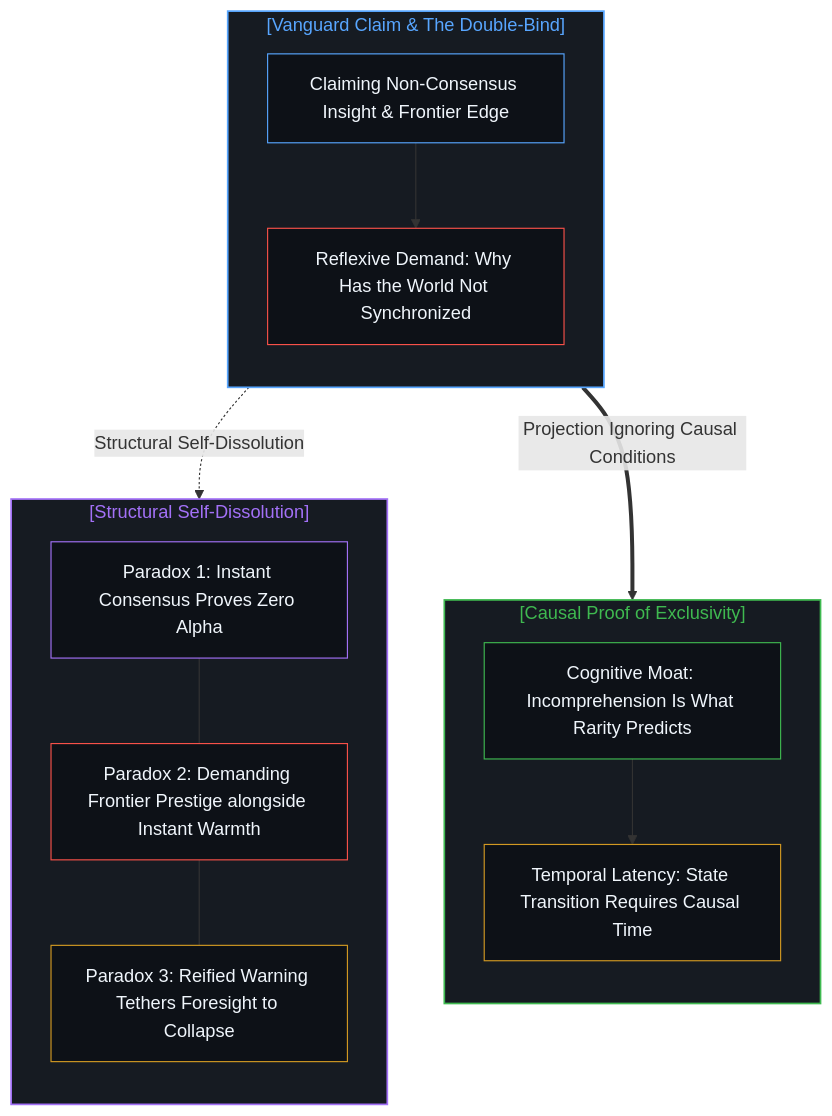
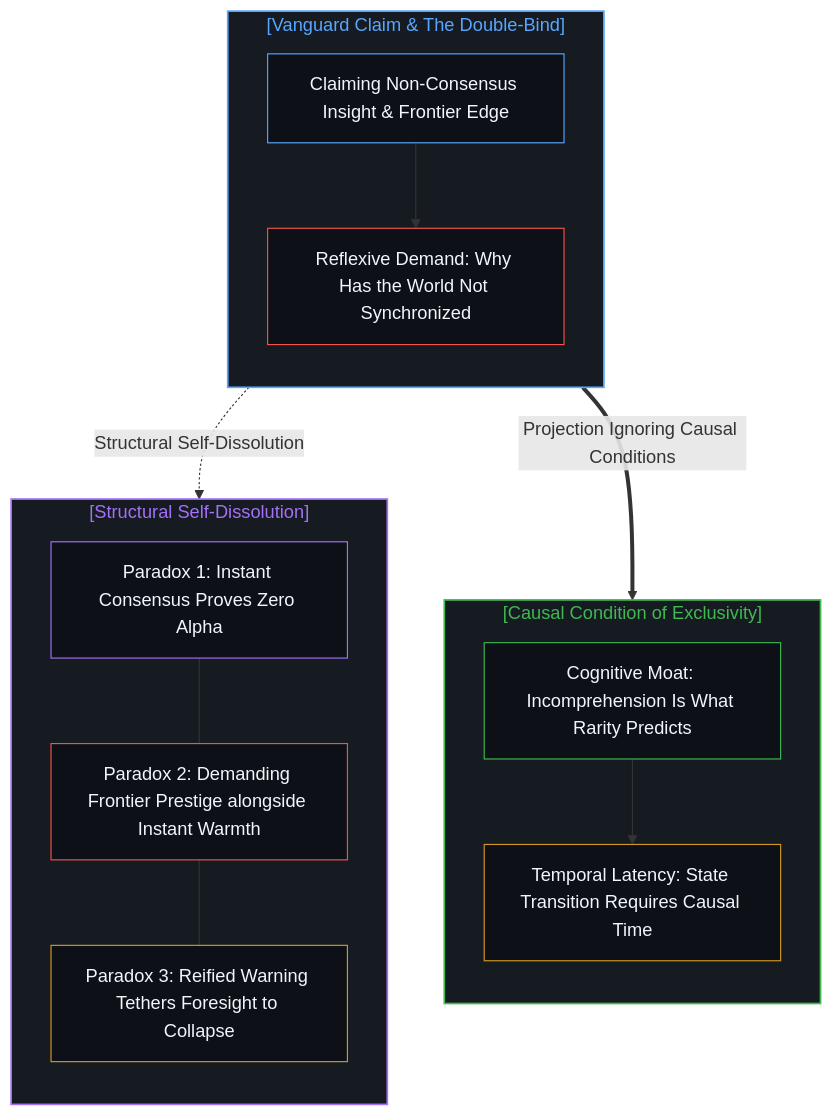
Before and after one commit to powerpig99/not-a-toe: the fourth of 4 diagrams in content/posts/the-reflexive-dilemma-of-unique-insight.md, drawn with Mermaid. The commit also changed other lines of this file and 1 other file, not shown here.

````diff
--- a/content/posts/the-reflexive-dilemma-of-unique-insight.md
+++ b/content/posts/the-reflexive-dilemma-of-unique-insight.md
@@ -126,34 +126,34 @@
 ```mermaid
 flowchart TD
   subgraph S_CLAIM["[Vanguard Claim & The Double-Bind]"]
     direction TB
     C_ALPHA["Claiming Non-Consensus Insight & Frontier Edge"]
     C_DEMAND["Reflexive Demand: Why Has the World Not Synchronized"]
     C_ALPHA --> C_DEMAND
   end
-  subgraph S_PROOF["[Causal Proof of Exclusivity]"]
+  subgraph S_PROOF["[Causal Condition of Exclusivity]"]
     direction TB
     R_GAP["Cognitive Moat: Incomprehension Is What Rarity Predicts"]
     R_TIME["Temporal Latency: State Transition Requires Causal Time"]
     R_GAP --> R_TIME
   end
   subgraph S_PARADOX["[Structural Self-Dissolution]"]
     direction TB
     X_COLLAPSE["Paradox 1: Instant Consensus Proves Zero Alpha"]
     X_ABSURD["Paradox 2: Demanding Frontier Prestige alongside Instant Warmth"]
     X_PROPHET["Paradox 3: Reified Warning Tethers Foresight to Collapse"]
     X_COLLAPSE --- X_ABSURD --- X_PROPHET
   end
   C_DEMAND ==>|"Projection Ignoring Causal Conditions"| R_TIME
   C_DEMAND -.->|"Structural Self-Dissolution"| S_PARADOX
   style S_CLAIM fill:#161b22,stroke:#58a6ff,stroke-width:1.5px,color:#58a6ff
   style S_PROOF fill:#161b22,stroke:#3fb950,stroke-width:1.5px,color:#3fb950
   style S_PARADOX fill:#161b22,stroke:#a371f7,stroke-width:1.5px,color:#a371f7
   style C_ALPHA fill:#0d1117,stroke:#58a6ff,stroke-width:1px,color:#f0f6fc
   style C_DEMAND fill:#0d1117,stroke:#f85149,stroke-width:1px,color:#f0f6fc
   style R_GAP fill:#0d1117,stroke:#3fb950,stroke-width:1px,color:#f0f6fc
   style R_TIME fill:#0d1117,stroke:#d29922,stroke-width:1px,color:#f0f6fc
   style X_COLLAPSE fill:#0d1117,stroke:#a371f7,stroke-width:1px,color:#f0f6fc
   style X_ABSURD fill:#0d1117,stroke:#f85149,stroke-width:1px,color:#f0f6fc
   style X_PROPHET fill:#0d1117,stroke:#d29922,stroke-width:1px,color:#f0f6fc
 ```
````
